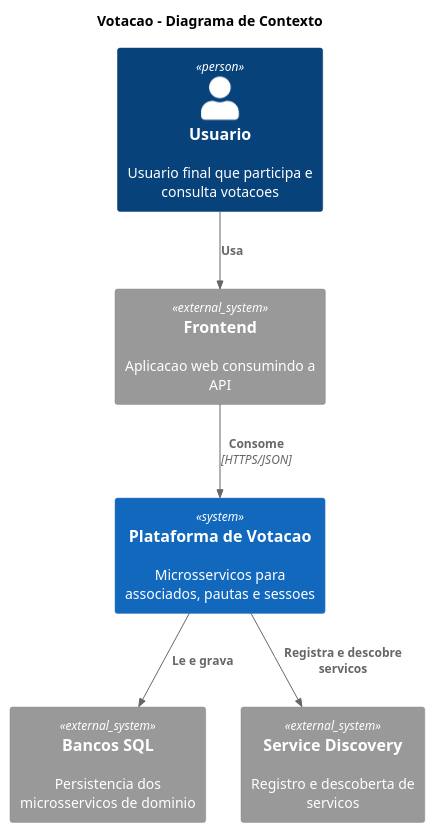
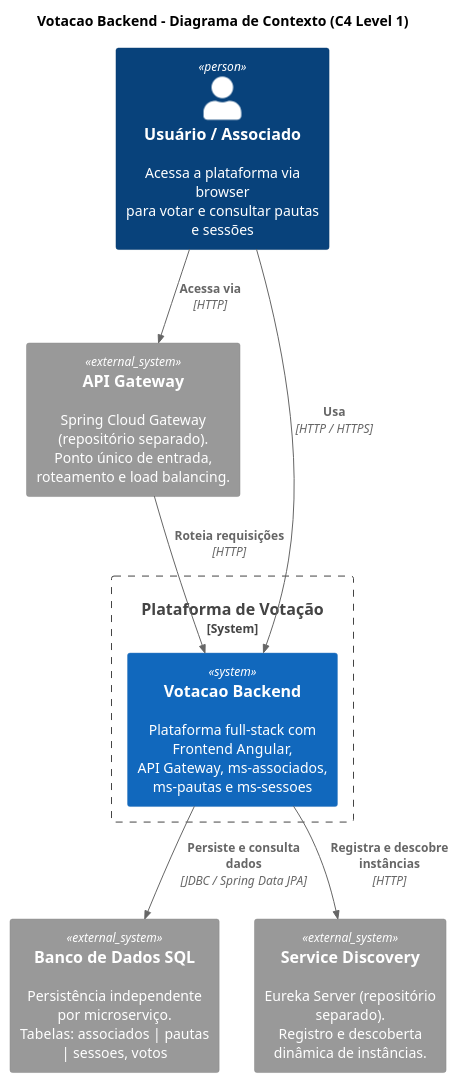
The diagram in docs/architecture/context-diagram.puml (leoalmeida/votacao-backend), drawn with PlantUML before and after one commit. The commit also changed 5 other files, not shown here.

```diff
--- a/docs/architecture/context-diagram.puml
+++ b/docs/architecture/context-diagram.puml
@@ -1,21 +1,23 @@
 @startuml context_diagram
 
 !include https://raw.githubusercontent.com/plantuml-stdlib/C4-PlantUML/master/C4_Context.puml
 
-title Votacao - Diagrama de Contexto
+title Votacao Backend - Diagrama de Contexto (C4 Level 1)
 
-Person(user, "Usuario", "Usuario final que participa e consulta votacoes")
+Person(user, "Usuário / Associado", "Acessa a plataforma via browser\npara votar e consultar pautas e sessões")
 
-System_Ext(frontend, "Frontend", "Aplicacao web consumindo a API")
+System_Boundary(votacao, "Plataforma de Votação") {
+    System(system, "Votacao Backend", "Plataforma full-stack com Frontend Angular,\nAPI Gateway, ms-associados, ms-pautas e ms-sessoes")
+}
 
-System(system, "Plataforma de Votacao", "Microsservicos para associados, pautas e sessoes")
+System_Ext(sql, "Banco de Dados SQL", "Persistência independente por microserviço.\nTabelas: associados | pautas | sessoes, votos")
+System_Ext(eureka, "Service Discovery", "Eureka Server (repositório separado).\nRegistro e descoberta dinâmica de instâncias.")
+System_Ext(gateway, "API Gateway", "Spring Cloud Gateway (repositório separado).\nPonto único de entrada, roteamento e load balancing.")
 
-System_Ext(sql, "Bancos SQL", "Persistencia dos microsservicos de dominio")
-System_Ext(eureka, "Service Discovery", "Registro e descoberta de servicos")
-
-Rel(user, frontend, "Usa")
-Rel(frontend, system, "Consome", "HTTPS/JSON")
-Rel(system, sql, "Le e grava")
-Rel(system, eureka, "Registra e descobre servicos")
+Rel(user, system, "Usa", "HTTP / HTTPS")
+Rel(system, sql, "Persiste e consulta dados", "JDBC / Spring Data JPA")
+Rel(system, eureka, "Registra e descobre instâncias", "HTTP")
+Rel(gateway, system, "Roteia requisições", "HTTP")
+Rel(user, gateway, "Acessa via", "HTTP")
 
 @enduml
```
